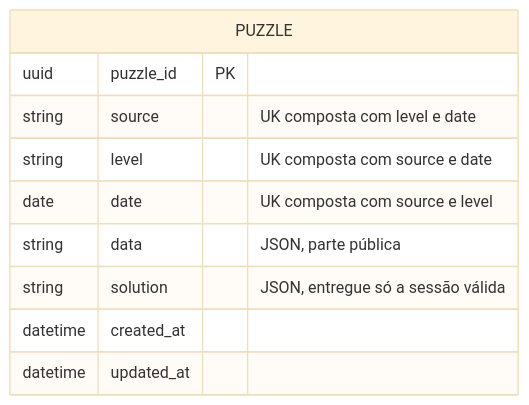
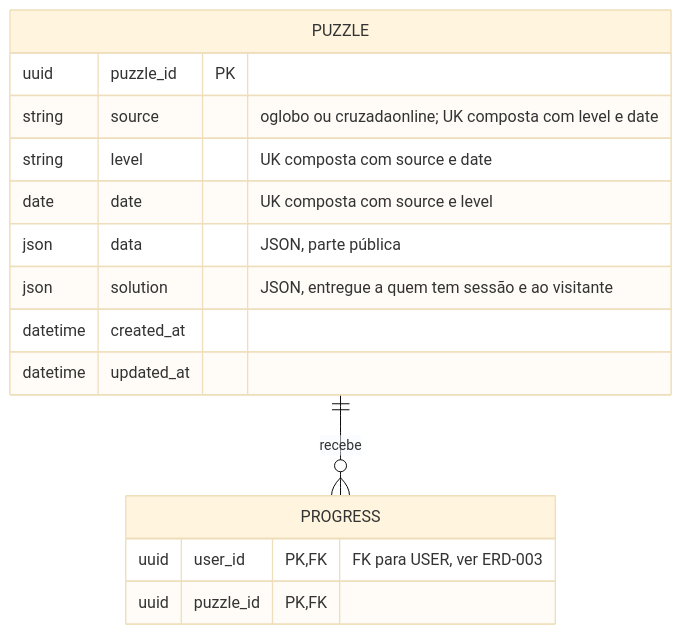
The diagram in docs/entity-relationship-diagrams/ERD-002-coleta-puzzles.md (BrunoYTanaka/cruzadinha), drawn with Mermaid (base theme) before and after one commit. The commit also changed 11 other files, not shown here.

First line of the commit message:
docs: bring data definitions and erds up to date

````diff
--- a/docs/entity-relationship-diagrams/ERD-002-coleta-puzzles.md
+++ b/docs/entity-relationship-diagrams/ERD-002-coleta-puzzles.md
@@ -1,13 +1,20 @@
 ```mermaid
 erDiagram
     PUZZLE {
         uuid puzzle_id PK
-        string source "UK composta com level e date"
+        string source "oglobo ou cruzadaonline; UK composta com level e date"
         string level "UK composta com source e date"
         date date "UK composta com source e level"
-        string data "JSON, parte pública"
-        string solution "JSON, entregue só a sessão válida"
+        json data "JSON, parte pública"
+        json solution "JSON, entregue a quem tem sessão e ao visitante"
         datetime created_at
         datetime updated_at
     }
+
+    PROGRESS {
+        uuid user_id PK, FK "FK para USER, ver ERD-003"
+        uuid puzzle_id PK, FK
+    }
+
+    PUZZLE ||--o{ PROGRESS : "recebe"
 ```
````
